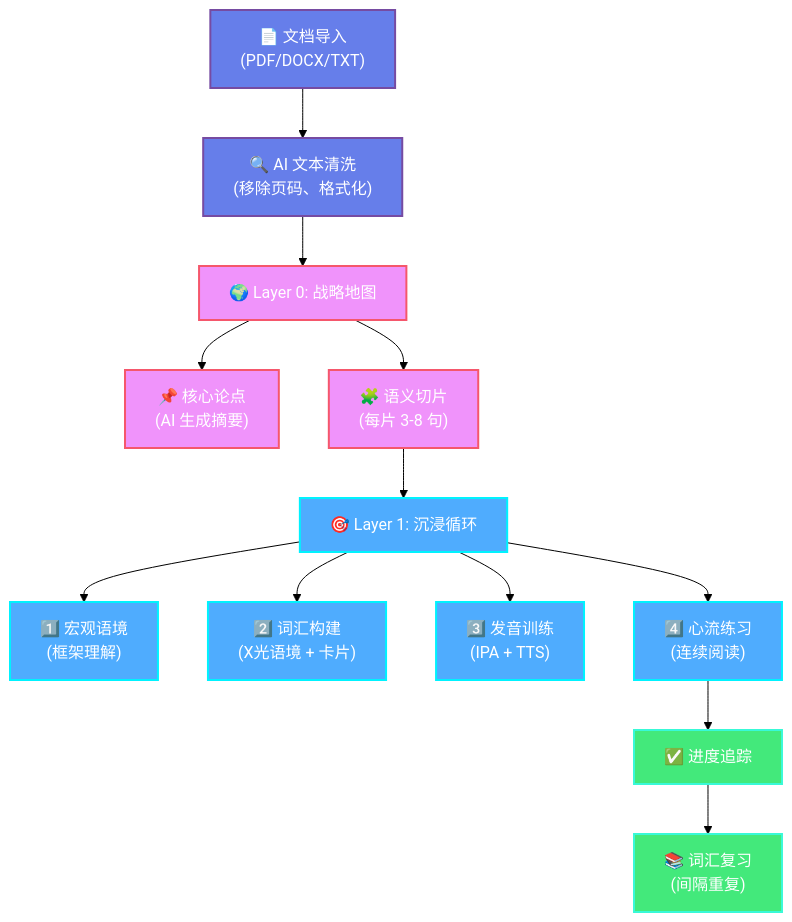
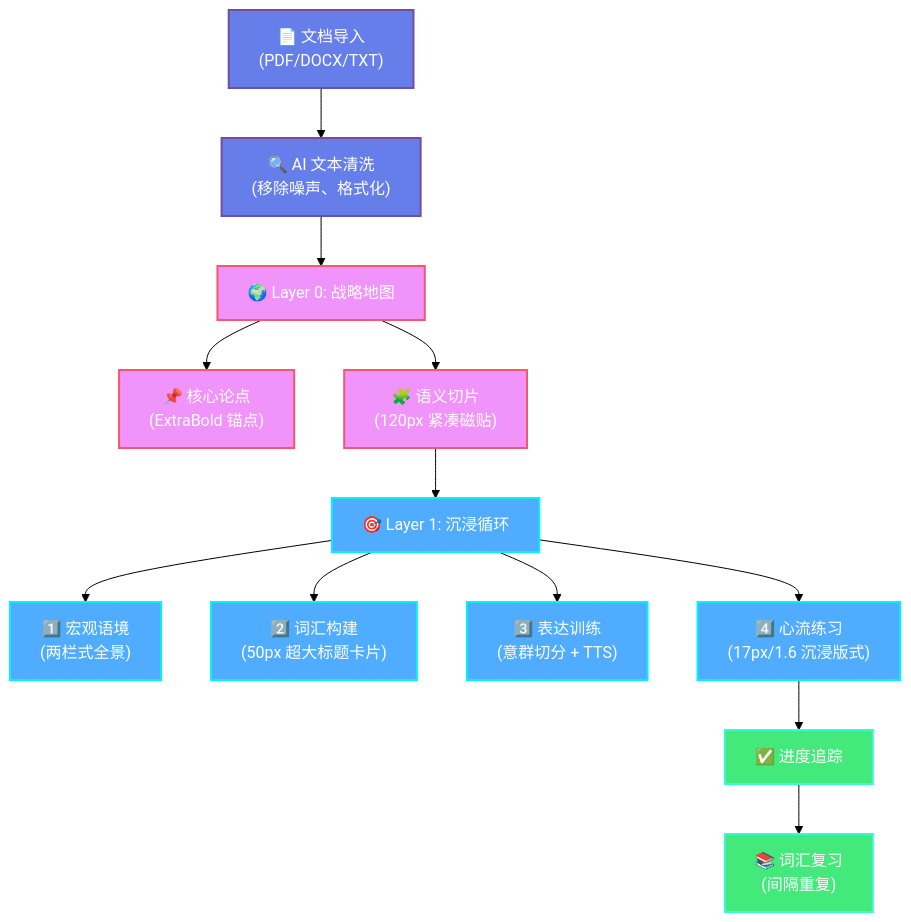
One commit to dunature/deep_internalizer changed the diagram in README.md. Above: the diagram before and after it, drawn with Mermaid (forest theme). The commit also changed other lines of this file and 1 other file, not shown here.

````diff
--- a/README.md
+++ b/README.md
@@ -134,33 +31,33 @@
 ```mermaid
 graph TB
     %% 文档导入
-    Import["📄 文档导入<br/>(PDF/DOCX/TXT)"] --> Parse["🔍 AI 文本清洗<br/>(移除页码、格式化)"]
+    Import["📄 文档导入<br/>(PDF/DOCX/TXT)"] --> Parse["🔍 AI 文本清洗<br/>(移除噪声、格式化)"]
     Parse --> L0["🌍 Layer 0: 战略地图"]
     
     %% Layer 0: 全局分析
-    L0 --> Thesis["📌 核心论点<br/>(AI 生成摘要)"]
-    L0 --> Chunks["🧩 语义切片<br/>(每片 3-8 句)"]
+    L0 --> Thesis["📌 核心论点<br/>(ExtraBold 锚点)"]
+    L0 --> Chunks["🧩 语义切片<br/>(120px 紧凑磁贴)"]
     
     %% Layer 1: 沉浸循环
     Chunks --> L1["🎯 Layer 1: 沉浸循环"]
     
-    L1 --> Step1["1️⃣ 宏观语境<br/>(框架理解)"]
-    L1 --> Step2["2️⃣ 词汇构建<br/>(X光语境 + 卡片)"]
-    L1 --> Step3["3️⃣ 发音训练<br/>(IPA + TTS)"]
-    L1 --> Step4["4️⃣ 心流练习<br/>(连续阅读)"]
+    L1 --> Step1["1️⃣ 宏观语境<br/>(两栏式全景)"]
+    L1 --> Step2["2️⃣ 词汇构建<br/>(50px 超大标题卡片)"]
+    L1 --> Step3["3️⃣ 表达训练<br/>(意群切分 + TTS)"]
+    L1 --> Step4["4️⃣ 心流练习<br/>(17px/1.6 沉浸版式)"]
     
     %% 进度追踪
     Step4 --> Progress["✅ 进度追踪"]
     Progress --> Review["📚 词汇复习<br/>(间隔重复)"]
     
     %% 样式
     classDef importNode fill:#667eea,stroke:#764ba2,stroke-width:2px,color:#fff
     classDef layer0Node fill:#f093fb,stroke:#f5576c,stroke-width:2px,color:#fff
     classDef layer1Node fill:#4facfe,stroke:#00f2fe,stroke-width:2px,color:#fff
     classDef outputNode fill:#43e97b,stroke:#38f9d7,stroke-width:2px,color:#fff
     
     class Import,Parse importNode
     class L0,Thesis,Chunks layer0Node
     class L1,Step1,Step2,Step3,Step4 layer1Node
     class Progress,Review outputNode
 ```
````
